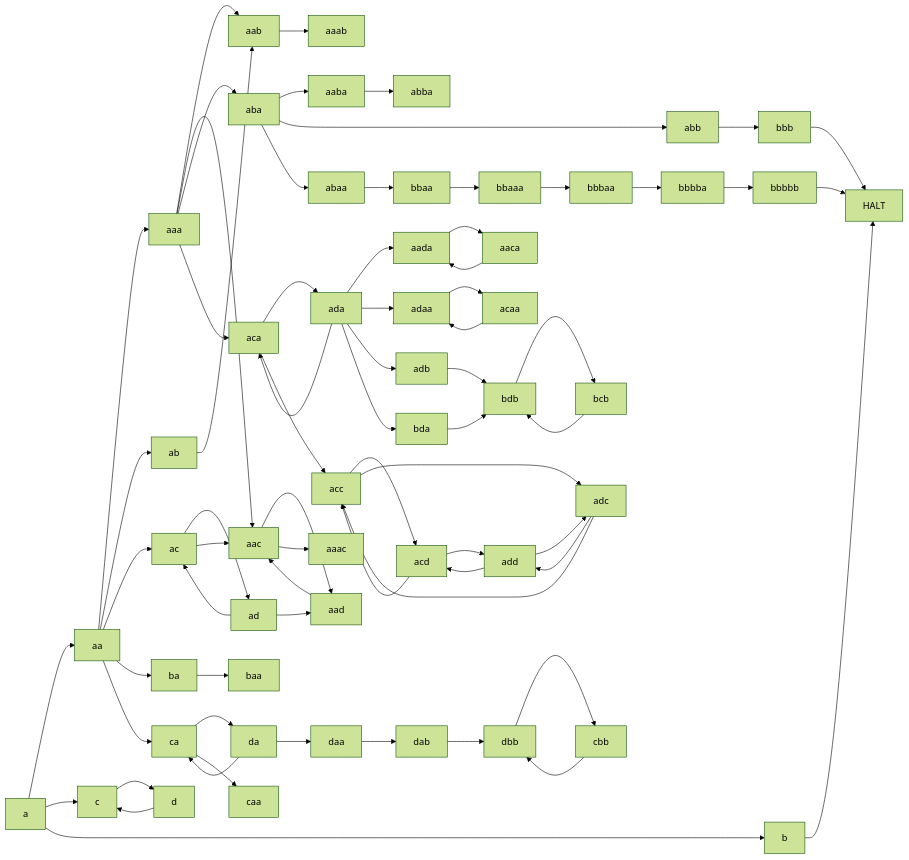
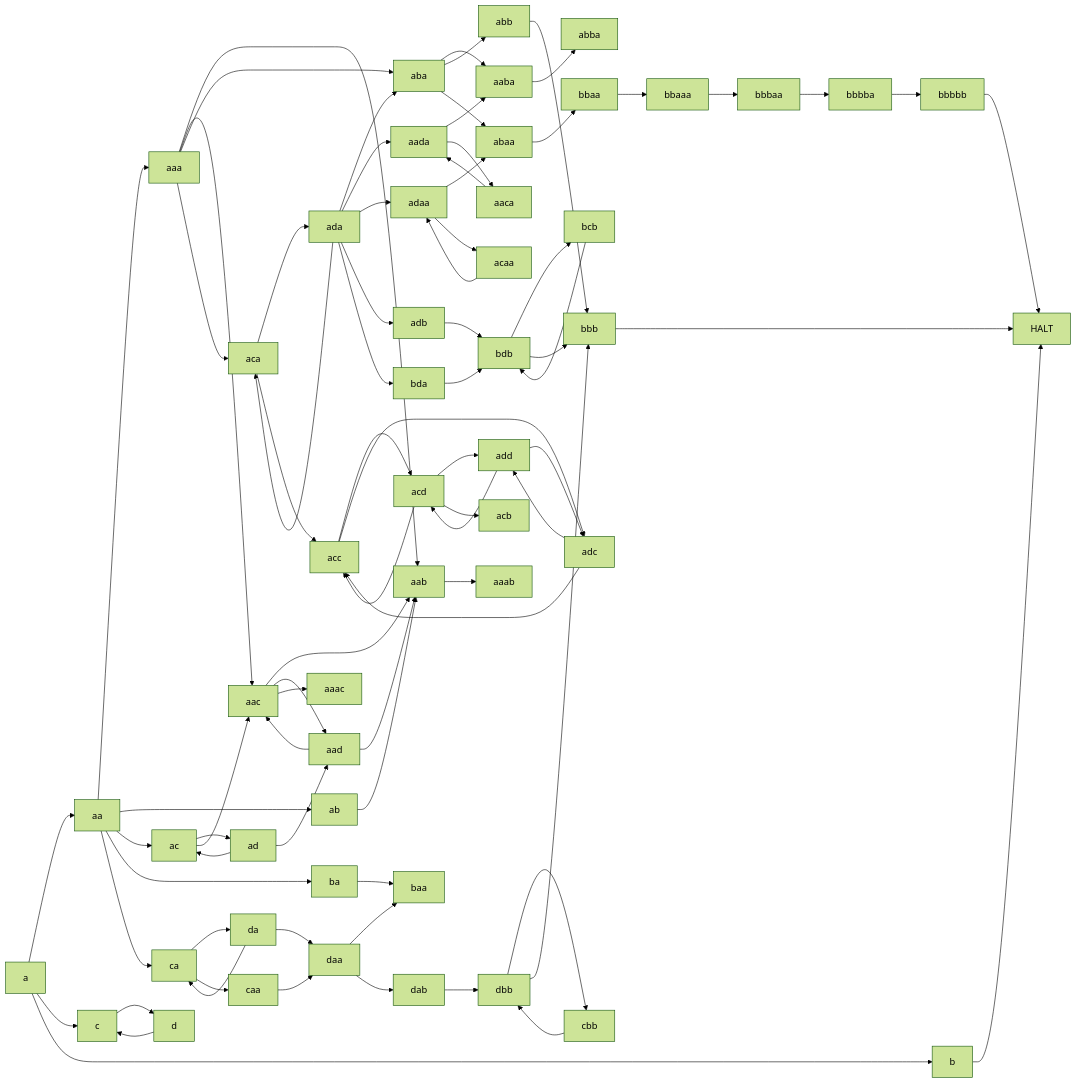
The fourth of 4 diagrams in README.md (dragoncoder047/thuepaste), drawn with Mermaid (forest theme) before and after one commit. The commit also changed other lines of this file, not shown here.

````diff
--- a/README.md
+++ b/README.md
@@ -87,23 +93,27 @@
 ```mermaid
 flowchart LR
     a --> aa --> aaa
     a --> c --> d --> c
     a --> b --> HALT
     aa --> ab --> aab
-    aa --> ac --> ad --> ac --> aac
-    ad --> aad
+    aa --> ac --> ad --> ac --> aac --> aab
+    ad --> aad --> aab
     aa --> ba --> baa
-    aa --> ca --> da --> ca --> caa
-    da --> daa --> dab --> dbb --> cbb --> dbb
+    aa --> ca --> da --> ca --> caa --> daa --> baa
+    da --> daa --> dab --> dbb --> cbb --> dbb --> bbb
     aaa --> aab --> aaab
     aaa --> aac --> aad --> aac --> aaac
     aaa --> aba --> aaba --> abba
     aba --> abb --> bbb --> HALT
     aba --> abaa --> bbaa --> bbaaa --> bbbaa --> bbbba --> bbbbb --> HALT
     aaa --> aca --> ada --> aca --> acc --> acd --> add --> adc --> add --> acd --> acc
+    ada --> aba
+    acd --> acb
+    aada --> aaba
+    adaa --> abaa
     acc --> adc --> acc
     ada --> aada --> aaca --> aada
     ada --> adaa --> acaa --> adaa
-    ada --> adb --> bdb --> bcb --> bdb
+    ada --> adb --> bdb --> bcb --> bdb --> bbb
     ada --> bda --> bdb
 ```
````
